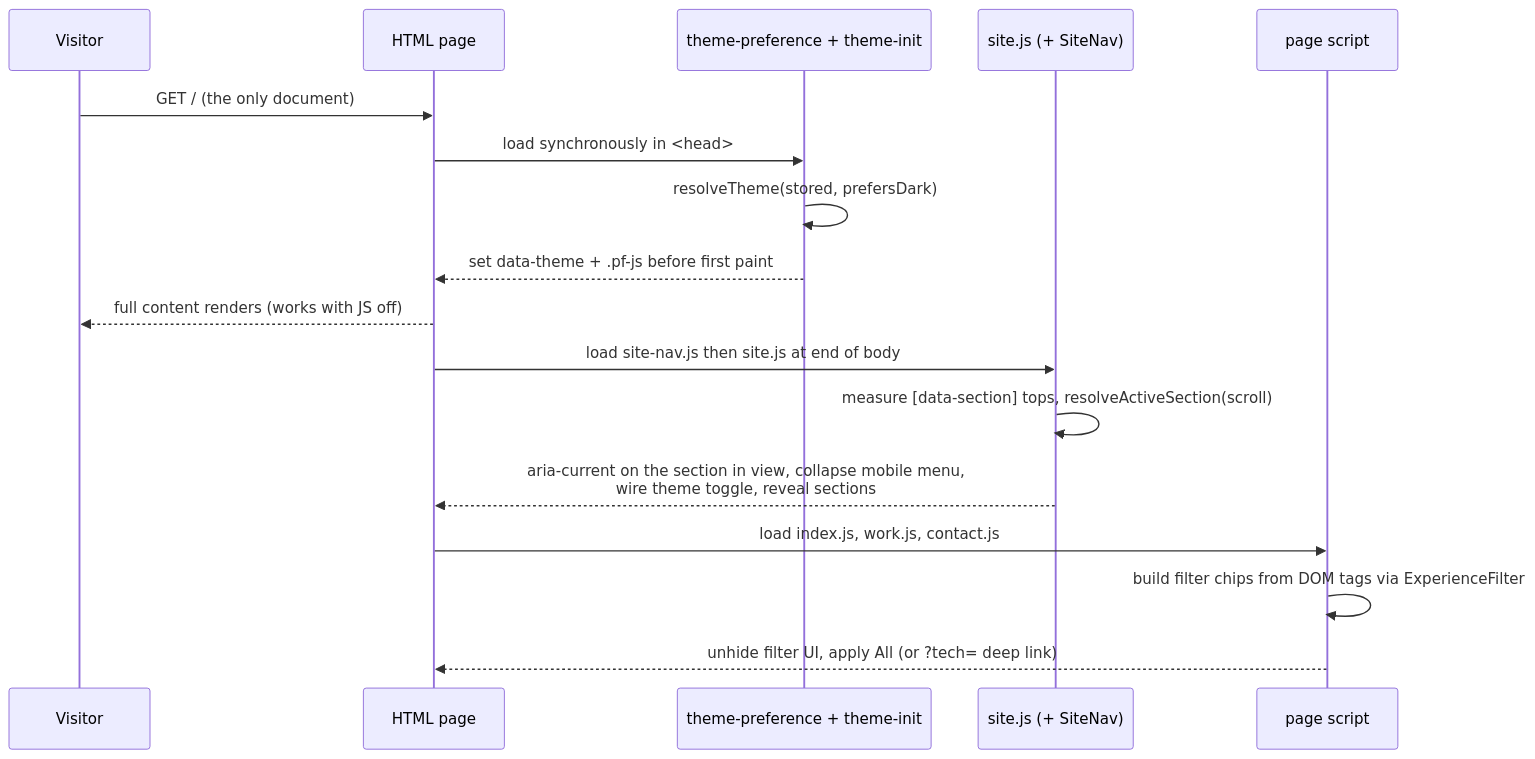
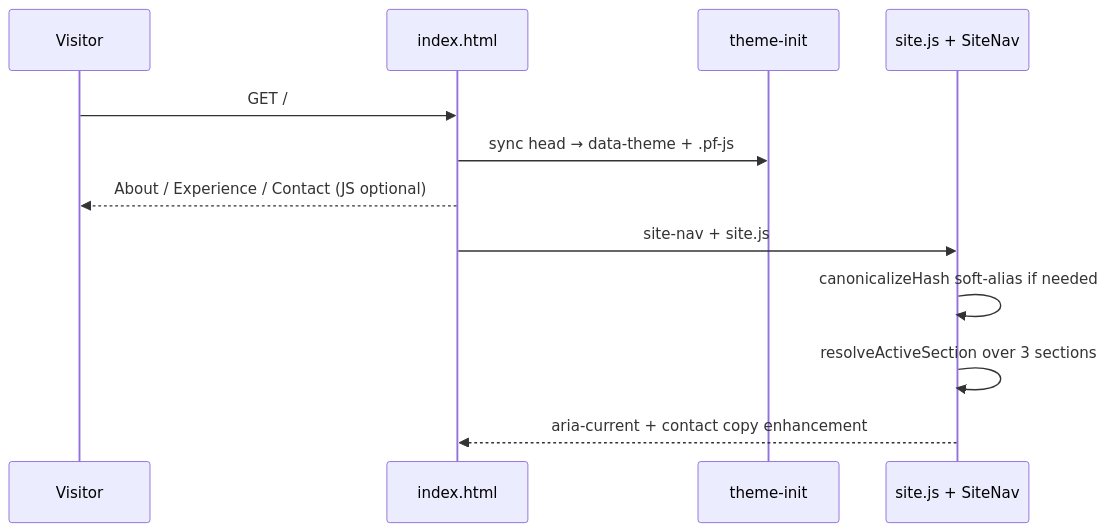
Before and after one commit to Jamieatucker/portfolio: the second of 2 diagrams in docs/architecture.md, drawn with Mermaid. The commit also changed other lines of this file and 14 other files, not shown here.

````diff
--- a/docs/architecture.md
+++ b/docs/architecture.md
@@ -75,20 +60,15 @@
 ```mermaid
 sequenceDiagram
     participant U as Visitor
-    participant H as HTML page
-    participant T as theme-preference + theme-init
-    participant S as site.js (+ SiteNav)
-    participant P as page script
+    participant H as index.html
+    participant T as theme-init
+    participant S as site.js + SiteNav
 
-    U->>H: GET / (the only document)
-    H->>T: load synchronously in <head>
-    T->>T: resolveTheme(stored, prefersDark)
-    T-->>H: set data-theme + .pf-js before first paint
-    H-->>U: full content renders (works with JS off)
-    H->>S: load site-nav.js then site.js at end of body
-    S->>S: measure [data-section] tops, resolveActiveSection(scroll)
-    S-->>H: aria-current on the section in view, collapse mobile menu,<br/>wire theme toggle, reveal sections
-    H->>P: load index.js, work.js, contact.js
-    P->>P: build filter chips from DOM tags via ExperienceFilter
-    P-->>H: unhide filter UI, apply All (or ?tech= deep link)
+    U->>H: GET /
+    H->>T: sync head → data-theme + .pf-js
+    H-->>U: About / Experience / Contact (JS optional)
+    H->>S: site-nav + site.js
+    S->>S: canonicalizeHash soft-alias if needed
+    S->>S: resolveActiveSection over 3 sections
+    S-->>H: aria-current + contact copy enhancement
 ```
````
